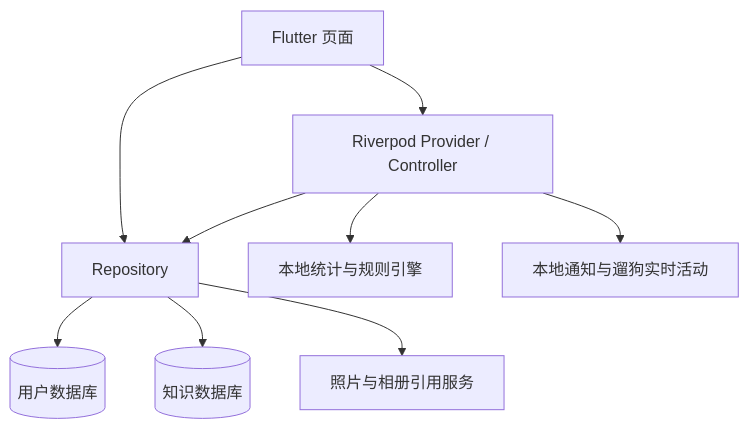
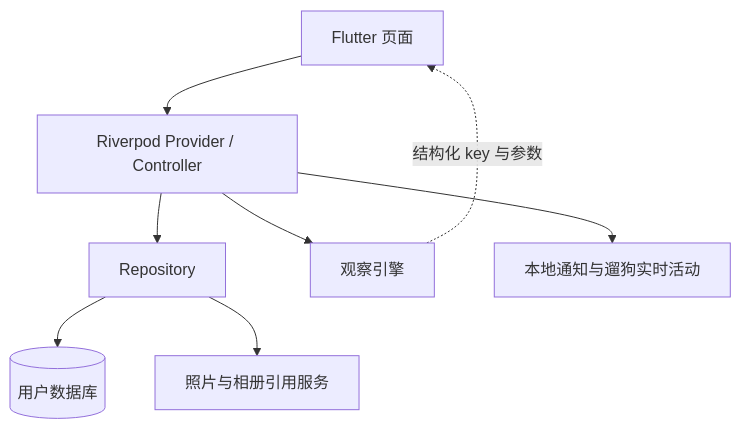
Before and after one commit to Q-LL/pet-health: the diagram in docs/ARCHITECTURE.md, drawn with Mermaid. The commit also changed other lines of this file and 14 other files, not shown here.

````diff
--- a/docs/ARCHITECTURE.md
+++ b/docs/ARCHITECTURE.md
@@ -27,11 +7,10 @@
 ```mermaid
 flowchart TD
     View[Flutter 页面] --> State[Riverpod Provider / Controller]
-    View --> Repo[Repository]
-    State --> Repo
-    State --> Rules[本地统计与规则引擎]
+    State --> Repo[Repository]
+    State --> Engine[观察引擎]
     Repo --> UserDB[(用户数据库)]
-    Repo --> KnowledgeDB[(知识数据库)]
     Repo --> Files[照片与相册引用服务]
     State --> Notify[本地通知与遛狗实时活动]
+    Engine -. 结构化 key 与参数 .-> View
 ```
````
